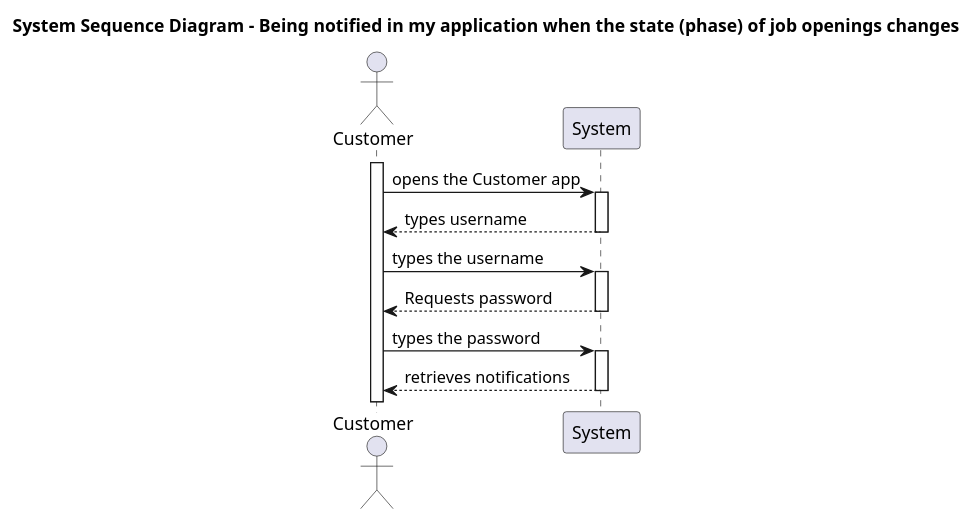
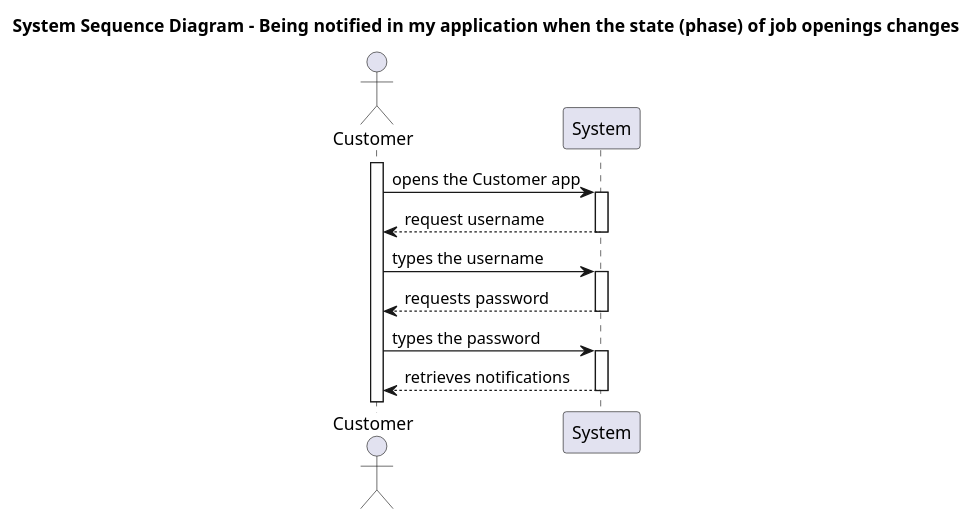
The diagram in docs/sprintC/3003/puml/3003-system-sequence-diagram.puml (marcoferreira37/Lapr4), drawn with PlantUML before and after one commit. The commit also changed 8 other files, not shown here.

```diff
--- a/docs/sprintC/3003/puml/3003-system-sequence-diagram.puml
+++ b/docs/sprintC/3003/puml/3003-system-sequence-diagram.puml
@@ -1,26 +1,26 @@
 @startuml
 title System Sequence Diagram - Being notified in my application when the state (phase) of job openings changes
 
 actor Customer as Customer
 participant System as "System"
 
 activate Customer
 
 Customer -> System: opens the Customer app
 activate System
 
-System --> Customer: types username
+System --> Customer: request username
 deactivate System
 
 Customer -> System: types the username
 activate System
 
-System --> Customer: Requests password
+System --> Customer: requests password
 deactivate System
 Customer->System: types the password
 activate System
 
 System --> Customer: retrieves notifications
 deactivate System
 
 @enduml
```
